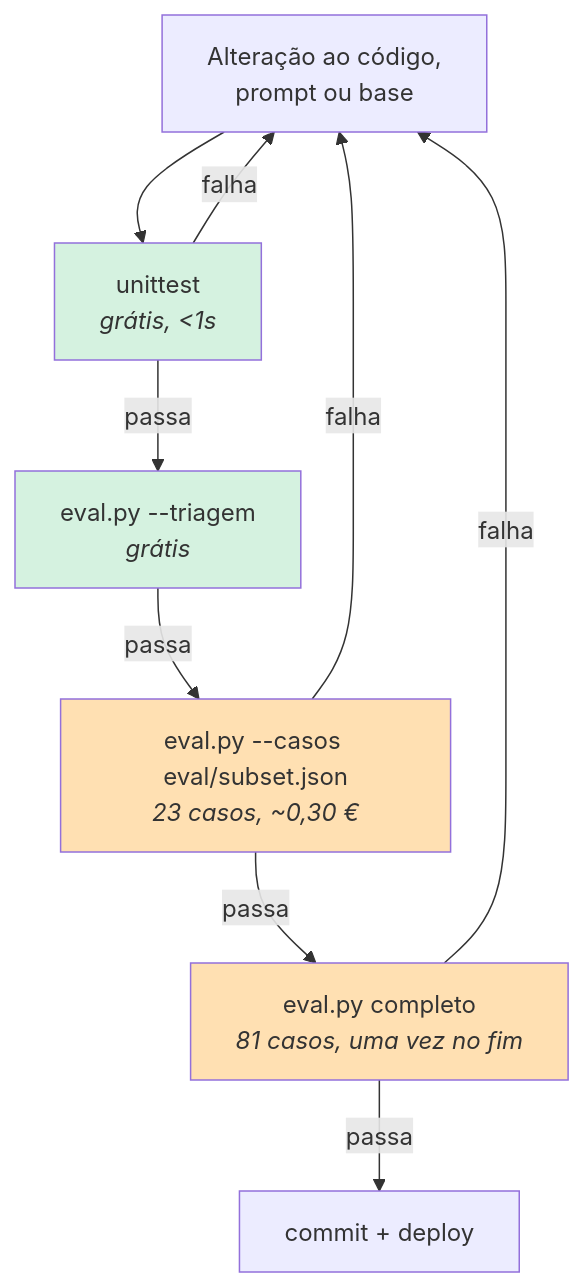
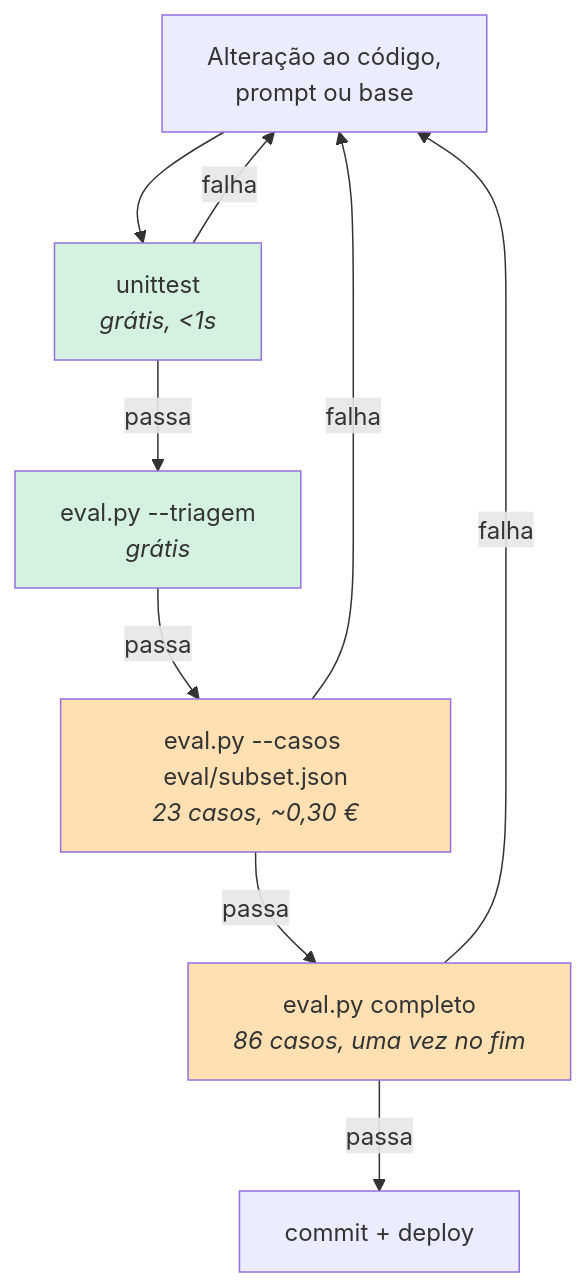
The third of 3 diagrams in docs/05-reliability/qa.md (joaocarvalhini/Outlook-Reply-Assistant), drawn with Mermaid before and after one commit. The commit also changed other lines of this file and 10 other files, not shown here.

````diff
--- a/docs/05-reliability/qa.md
+++ b/docs/05-reliability/qa.md
@@ -153,16 +153,16 @@
 ```mermaid
 flowchart TD
     A["Alteração ao código,<br/>prompt ou base"] --> B["unittest<br/><i>grátis, &lt;1s</i>"]
     B -->|passa| C["eval.py --triagem<br/><i>grátis</i>"]
     B -->|falha| A
     C -->|passa| D["eval.py --casos eval/subset.json<br/><i>23 casos, ~0,30 €</i>"]
-    D -->|passa| E["eval.py completo<br/><i>81 casos, uma vez no fim</i>"]
+    D -->|passa| E["eval.py completo<br/><i>86 casos, uma vez no fim</i>"]
     D -->|falha| A
     E -->|passa| F["commit + deploy"]
     E -->|falha| A
 
     style B fill:#d5f2e0
     style C fill:#d5f2e0
     style D fill:#ffe0b2
     style E fill:#ffe0b2
 ```
````
